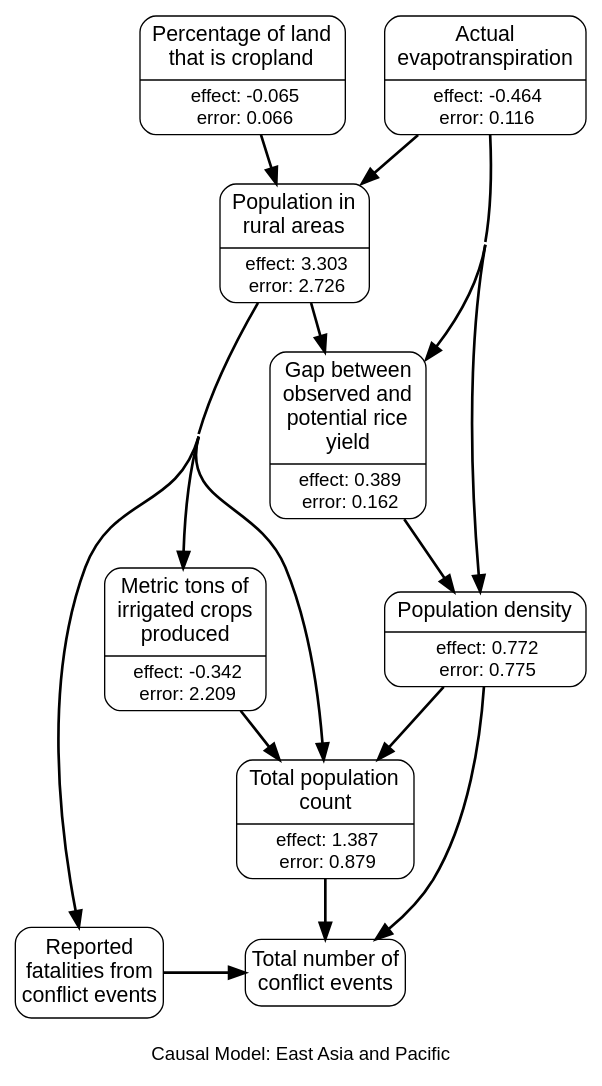
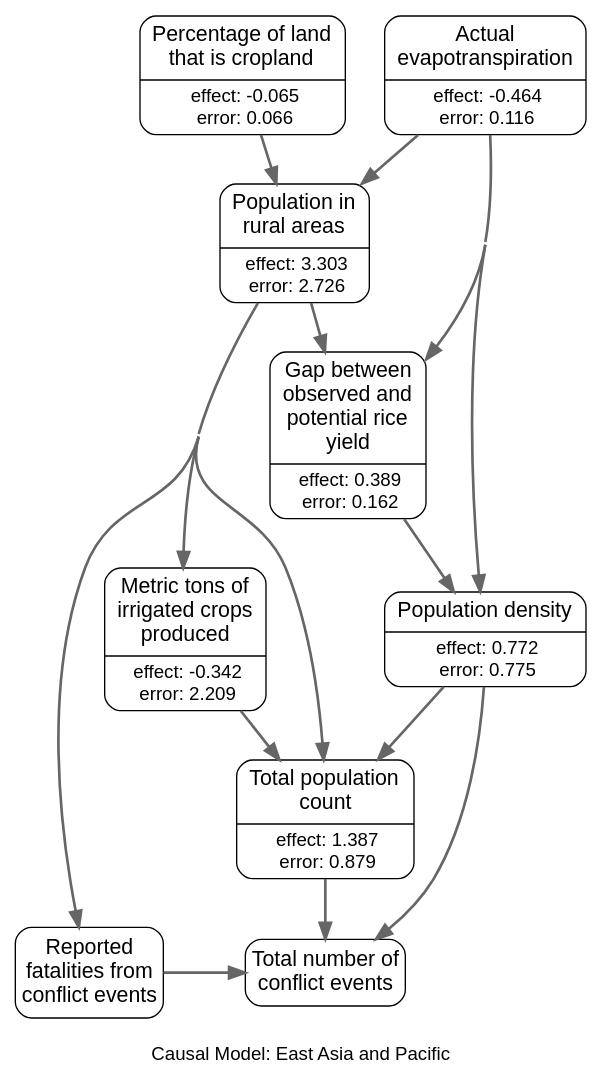
The diagram in app/javascript/images/regions/causal_graphs/east_asia_and_pacific.gv (wri/wri-wpsi), drawn with Graphviz before and after one commit. The commit also changed 14 other files, not shown here.

```diff
--- a/app/javascript/images/regions/causal_graphs/east_asia_and_pacific.gv
+++ b/app/javascript/images/regions/causal_graphs/east_asia_and_pacific.gv
@@ -1,74 +1,74 @@
 # generated file for region: east_asia_and_pacific by CausalModelRegionGenerator
 strict digraph causalModel {
 fontname="Helvetica, Arial, sans-serif";
 label="
 Causal Model: East Asia and Pacific";
 labelloc = b;
 nodesep = 0.4;
 concentrate = true;
 node[shape = Mrecord, fontname = "Helvetica, Arial, sans-serif", margin = "0.10,0.06", penwidth = 1.0];
-edge[arrowsize = 1.2, penwidth = 2];
+edge[arrowsize = 1.2 penwidth = 2 color="#666666"];
 
 # nodes
 spam_P_i_sum_s [label = <{<table align="center" border="0" cellspacing="1" cellpadding="1">
 <tr><td><font point-size="16">Metric tons of<br/>irrigated crops<br/>produced<br/></font></td></tr>
 </table>
 |<table border="0" cellspacing="1" cellpadding="0.5"><tr><td><font point-size="14">effect: -0.342</font></td></tr>
 <tr><td><font point-size="14">error: 2.209</font></td></tr></table>}>, class = rankB];
 rurpop_s [label = <{<table align="center" border="0" cellspacing="1" cellpadding="1">
 <tr><td><font point-size="16">Population in<br/>rural areas<br/></font></td></tr>
 </table>
 |<table border="0" cellspacing="1" cellpadding="0.5"><tr><td><font point-size="14">effect: 3.303</font></td></tr>
 <tr><td><font point-size="14">error: 2.726</font></td></tr></table>}>, class = rankB];
 Cropland2000_mean_percent_s [label = <{<table align="center" border="0" cellspacing="1" cellpadding="1">
 <tr><td><font point-size="16">Percentage of land<br/>that is cropland<br/></font></td></tr>
 </table>
 |<table border="0" cellspacing="1" cellpadding="0.5"><tr><td><font point-size="14">effect: -0.065</font></td></tr>
 <tr><td><font point-size="14">error: 0.066</font></td></tr></table>}>, class = rankA];
 loccount_y [label = <{<table align="center" border="0" cellspacing="1" cellpadding="1">
 <tr><td><font point-size="16">Total population<br/>count<br/></font></td></tr>
 </table>
 |<table border="0" cellspacing="1" cellpadding="0.5"><tr><td><font point-size="14">effect: 1.387</font></td></tr>
 <tr><td><font point-size="14">error: 0.879</font></td></tr></table>}>, class = rankB];
 locdensity_y [label = <{<table align="center" border="0" cellspacing="1" cellpadding="1">
 <tr><td><font point-size="16">Population density</font></td></tr>
 </table>
 |<table border="0" cellspacing="1" cellpadding="0.5"><tr><td><font point-size="14">effect: 0.772</font></td></tr>
 <tr><td><font point-size="14">error: 0.775</font></td></tr></table>}>, class = rankB];
 yield_gap_rice_s [label = <{<table align="center" border="0" cellspacing="1" cellpadding="1">
 <tr><td><font point-size="16">Gap between<br/>observed and<br/>potential rice<br/>yield<br/></font></td></tr>
 </table>
 |<table border="0" cellspacing="1" cellpadding="0.5"><tr><td><font point-size="14">effect: 0.389</font></td></tr>
 <tr><td><font point-size="14">error: 0.162</font></td></tr></table>}>, class = rankB];
 et_actl_m_MIN_m [label = <{<table align="center" border="0" cellspacing="1" cellpadding="1">
 <tr><td><font point-size="16">Actual<br/>evapotranspiration<br/></font></td></tr>
 </table>
 |<table border="0" cellspacing="1" cellpadding="0.5"><tr><td><font point-size="14">effect: -0.464</font></td></tr>
 <tr><td><font point-size="14">error: 0.116</font></td></tr></table>}>, class = rankA];
 acl_sum_evnt_m [label = "Total number of
 conflict events" class = rankC shape=box style=rounded fontsize="16pt" margin = "0.05,0.10"];
 acl_sum_fatl_m [label = "Reported
 fatalities from
 conflict events" class = rankC shape=box style=rounded fontsize="16pt" margin = "0.05,0.10"];
 
 #ranks
 {rank=same; Cropland2000_mean_percent_s et_actl_m_MIN_m; }
 {rank=same; acl_sum_evnt_m acl_sum_fatl_m; }
 
 # links
 spam_P_i_sum_s -> loccount_y ;
 rurpop_s -> spam_P_i_sum_s ;
 rurpop_s -> loccount_y ;
 rurpop_s -> yield_gap_rice_s ;
 rurpop_s -> acl_sum_fatl_m ;
 Cropland2000_mean_percent_s -> rurpop_s ;
 loccount_y -> acl_sum_evnt_m ;
 locdensity_y -> loccount_y ;
 locdensity_y -> acl_sum_evnt_m ;
 yield_gap_rice_s -> locdensity_y ;
 et_actl_m_MIN_m -> rurpop_s ;
 et_actl_m_MIN_m -> locdensity_y ;
 et_actl_m_MIN_m -> yield_gap_rice_s ;
 acl_sum_fatl_m -> acl_sum_evnt_m ;
 
 }
```
